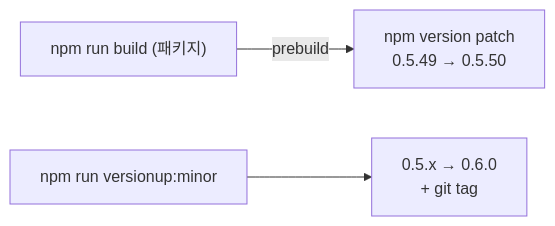
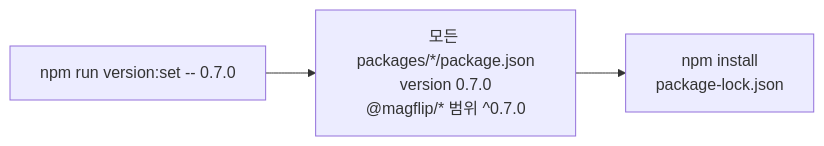
The second of 3 diagrams in guide/dev/development/build-and-release.md (i486magzog/magFlip), drawn with Mermaid before and after one commit. The commit also changed other lines of this file and 22 other files, not shown here.

````diff
--- a/guide/dev/development/build-and-release.md
+++ b/guide/dev/development/build-and-release.md
@@ -43,5 +43,5 @@
 ```mermaid
 flowchart LR
-  A["npm run build (패키지)"] -->|prebuild| B["npm version patch<br/>0.5.49 → 0.5.50"]
-  C["npm run versionup:minor"] --> D["0.5.x → 0.6.0<br/>+ git tag"]
+  A["npm run version:set -- 0.7.0"] --> B["모든 packages/*/package.json<br/>version 0.7.0<br/>@magflip/* 범위 ^0.7.0"]
+  B --> C["npm install<br/>package-lock.json"]
 ```
````
